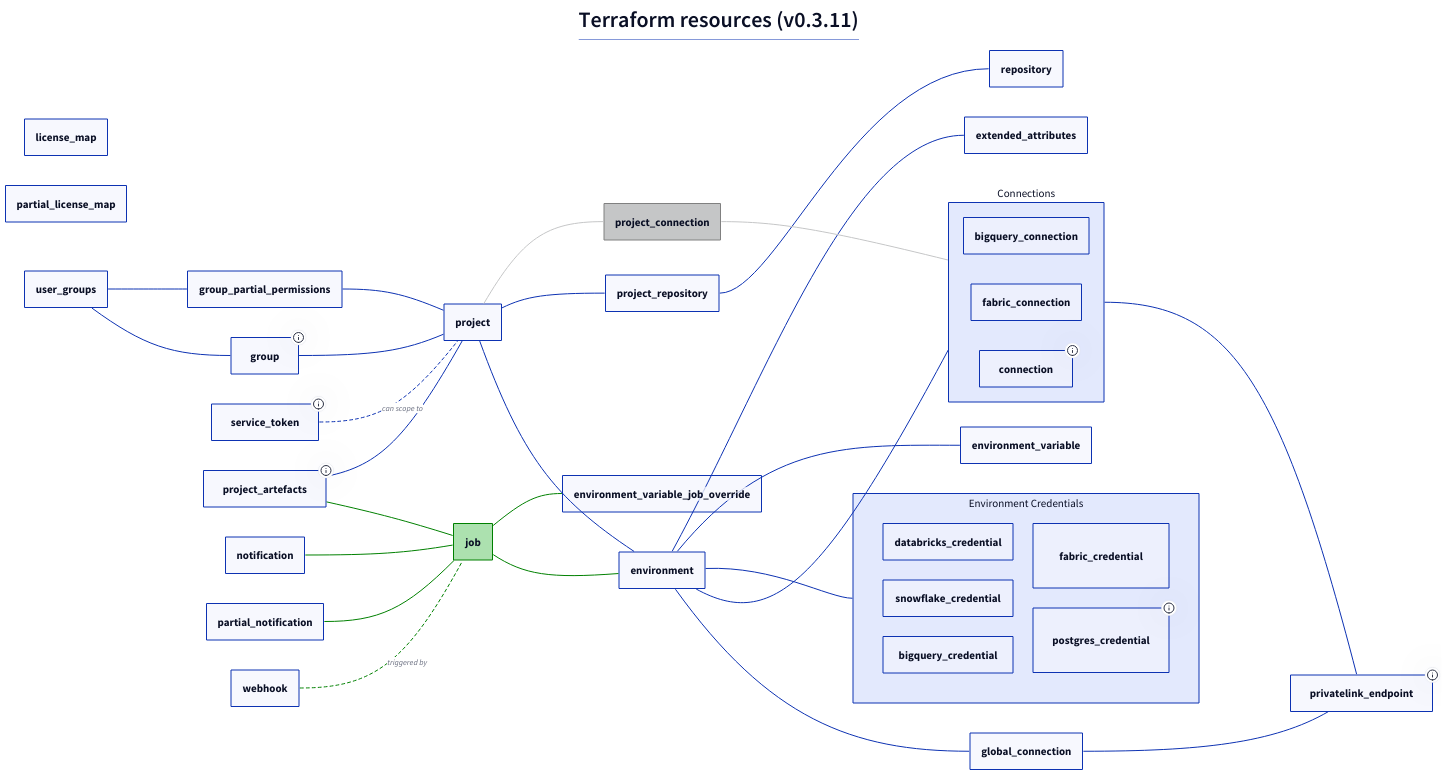
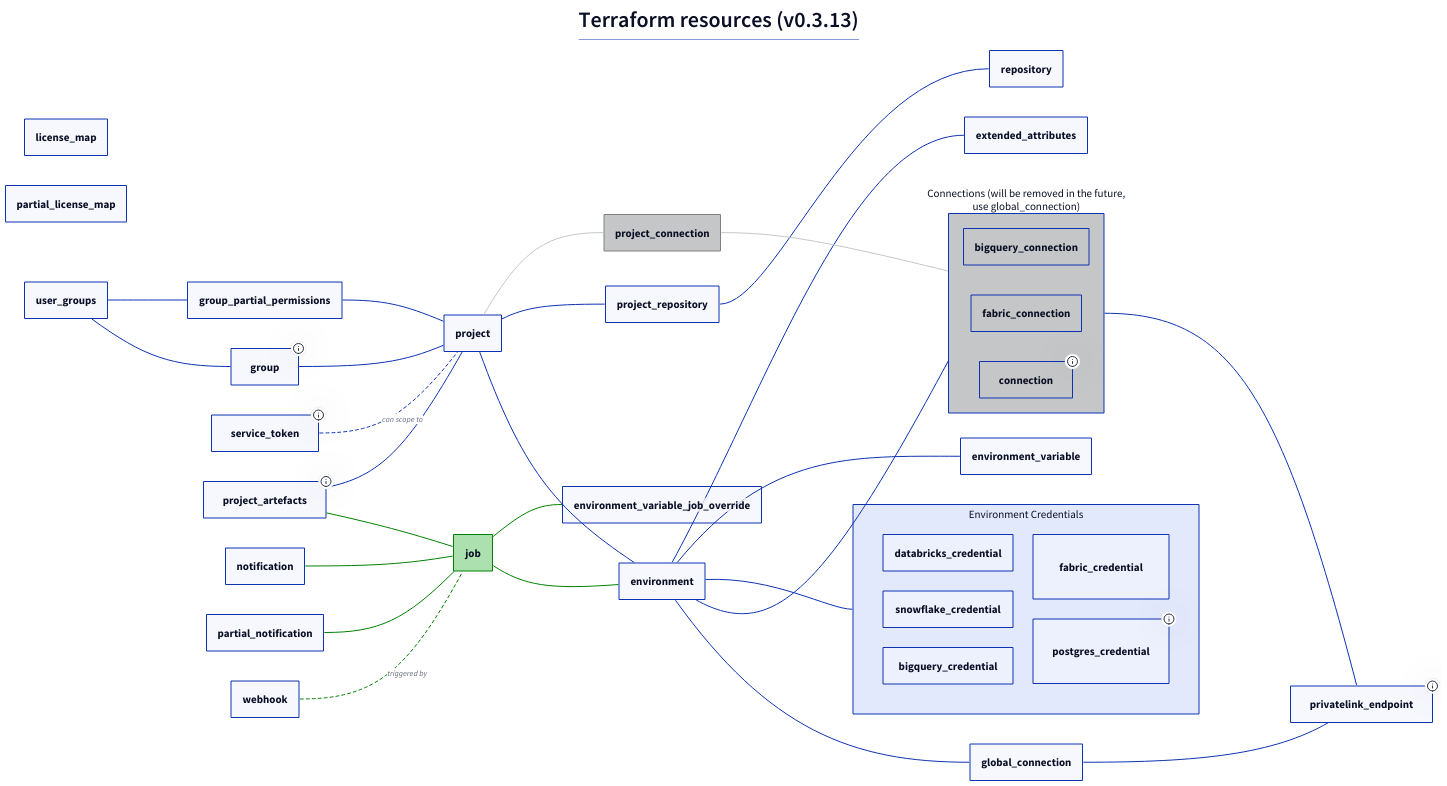
The diagram in terraform_resources.d2 (dbt-labs/terraform-provider-dbtcloud), drawn with D2 before and after one commit. The commit also changed 4 other files, not shown here.

```diff
--- a/terraform_resources.d2
+++ b/terraform_resources.d2
@@ -1,93 +1,98 @@
 *.style.font-size: 22
 *.*.style.font-size: 22
 
 title: |md
-  # Terraform resources (v0.3.11)
+  # Terraform resources (v0.3.13)
 | {near: top-center}
 
 direction: right
 
 
 license_map
 partial_license_map
 
 project_connection: {
   style: {
     fill: "#C5C6C7"
     stroke: grey
   }
 }
 
 privatelink_endpoint: {tooltip: Datasource only}
 group: {tooltip: Group permissions as well}
 group_partial_permissions
 service_token: {tooltip: Permissions as well}
 project_artefacts: {tooltip: For setting the project docs and source freshness}
 job: {
   style: {
     fill: "#ACE1AF"
     stroke: green
   }
 }
 
-conns: Connections {
+conns: Connections (will be removed in the future,\nuse global_connection) {
   bigquery_connection
   fabric_connection
   connection: {tooltip: Works for Snowflake, Redshift, Postgres and Databricks}
+  
+  bigquery_connection.style.fill: "#C5C6C7"
+  fabric_connection.style.fill: "#C5C6C7"
+  connection.style.fill: "#C5C6C7"
 }
+conns.style.fill: "#C5C6C7"
 
 env_creds: Environment Credentials {
   grid-columns: 2
   databricks_credential
   snowflake_credential
   bigquery_credential
   fabric_credential
   postgres_credential: {tooltip: Is used for Redshift as well}
 }
 
 service_token -- project: can scope to {
   style: {
     stroke-dash: 3
   }
 }
 group -- project
 group_partial_permissions -- project
 user_groups -- group
 user_groups -- group_partial_permissions
 project -- environment
 job -- environment
 job -- environment_variable_job_override
 notification -- job
 partial_notification -- job
 project_artefacts -- job
 
 project_artefacts -- project
 webhook -- job: triggered by {
   style: {
     stroke-dash: 3
   }
 }
 environment -- global_connection
 environment -- conns
 global_connection -- privatelink_endpoint
 
 environment -- env_creds
 conns -- privatelink_endpoint
 project -- project_repository
 project_repository -- repository
 environment -- environment_variable
 environment -- extended_attributes
 
 project -- project_connection {
   style: {
     stroke: "#C5C6C7"
   }
 }
 project_connection -- conns {
   style: {
     stroke: "#C5C6C7"
   }
 }
 
 (job -- *)[*].style.stroke: green
 (* -- job)[*].style.stroke: green
```
